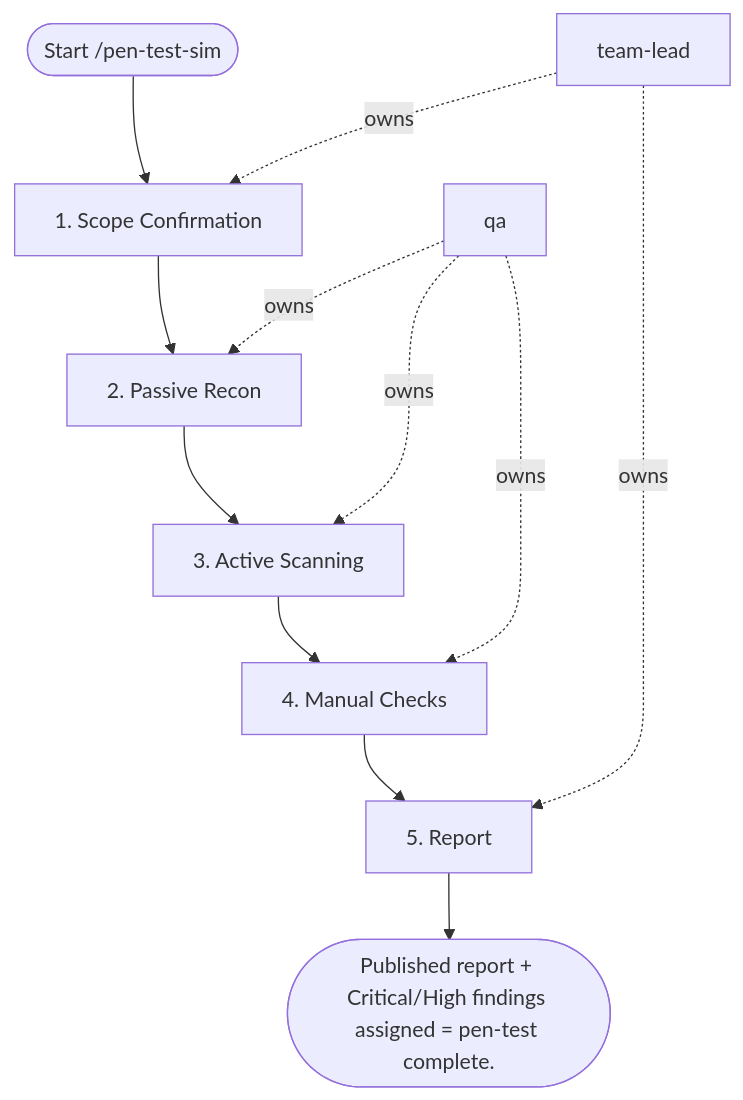
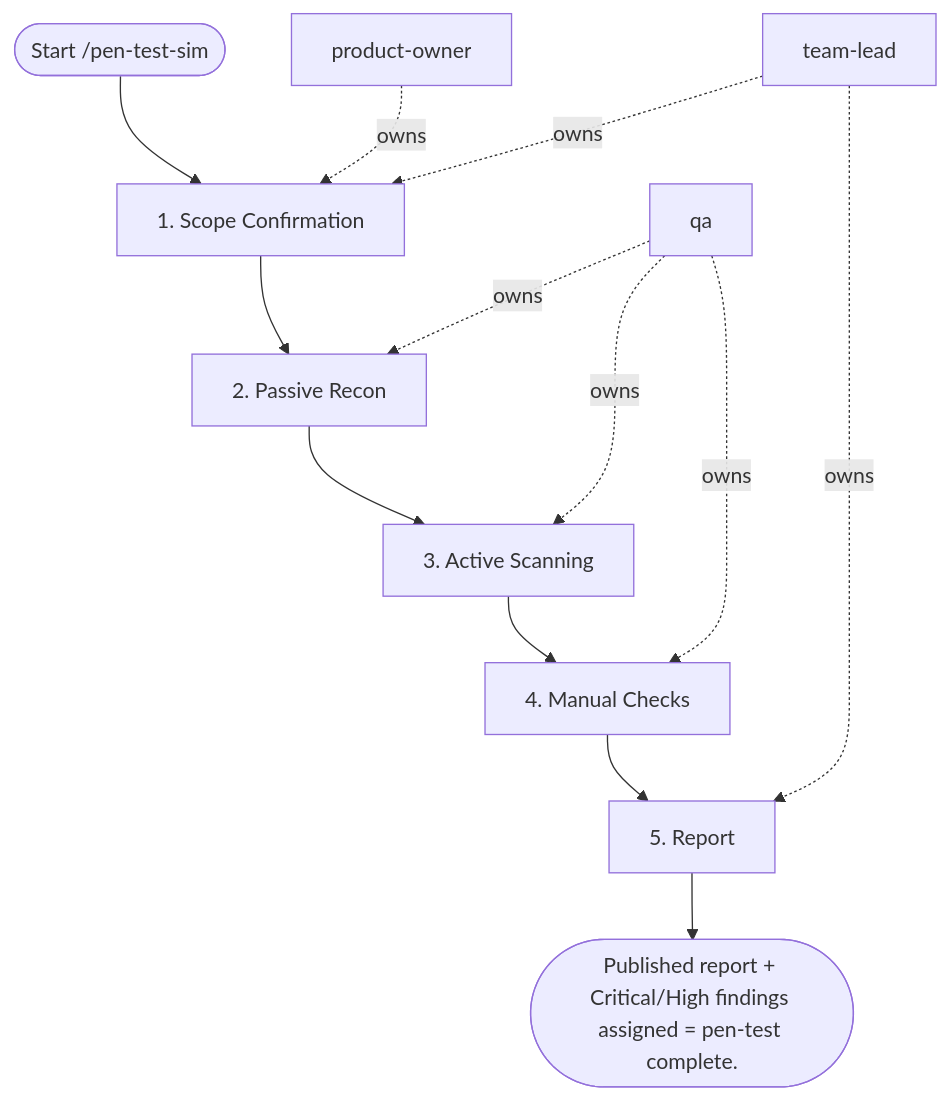
The diagram in areas/software/security/workflows/pen-test-sim.md (sawrus/agent-guides), drawn with Mermaid before and after one commit. The commit also changed other lines of this file and 76 other files, not shown here.

Commit message:
Standardize workflow product owner initiation

````diff
--- a/areas/software/security/workflows/pen-test-sim.md
+++ b/areas/software/security/workflows/pen-test-sim.md
@@ -65,23 +65,25 @@
 ```mermaid
 flowchart TD
   start(["Start /pen-test-sim"])
-  role_1["team-lead"]
-  role_2["qa"]
+  role_1["product-owner"]
+  role_2["team-lead"]
+  role_3["qa"]
   step_1["1. Scope Confirmation"]
   step_2["2. Passive Recon"]
   step_3["3. Active Scanning"]
   step_4["4. Manual Checks"]
   step_5["5. Report"]
   exit(["Published report + Critical/High findings assigned = pen-test complete."])
   start --> step_1
   step_1 --> step_2
   step_2 --> step_3
   step_3 --> step_4
   step_4 --> step_5
   step_5 --> exit
   role_1 -. owns .-> step_1
-  role_2 -. owns .-> step_2
-  role_2 -. owns .-> step_3
-  role_2 -. owns .-> step_4
-  role_1 -. owns .-> step_5
+  role_2 -. owns .-> step_1
+  role_3 -. owns .-> step_2
+  role_3 -. owns .-> step_3
+  role_3 -. owns .-> step_4
+  role_2 -. owns .-> step_5
 ```
````
